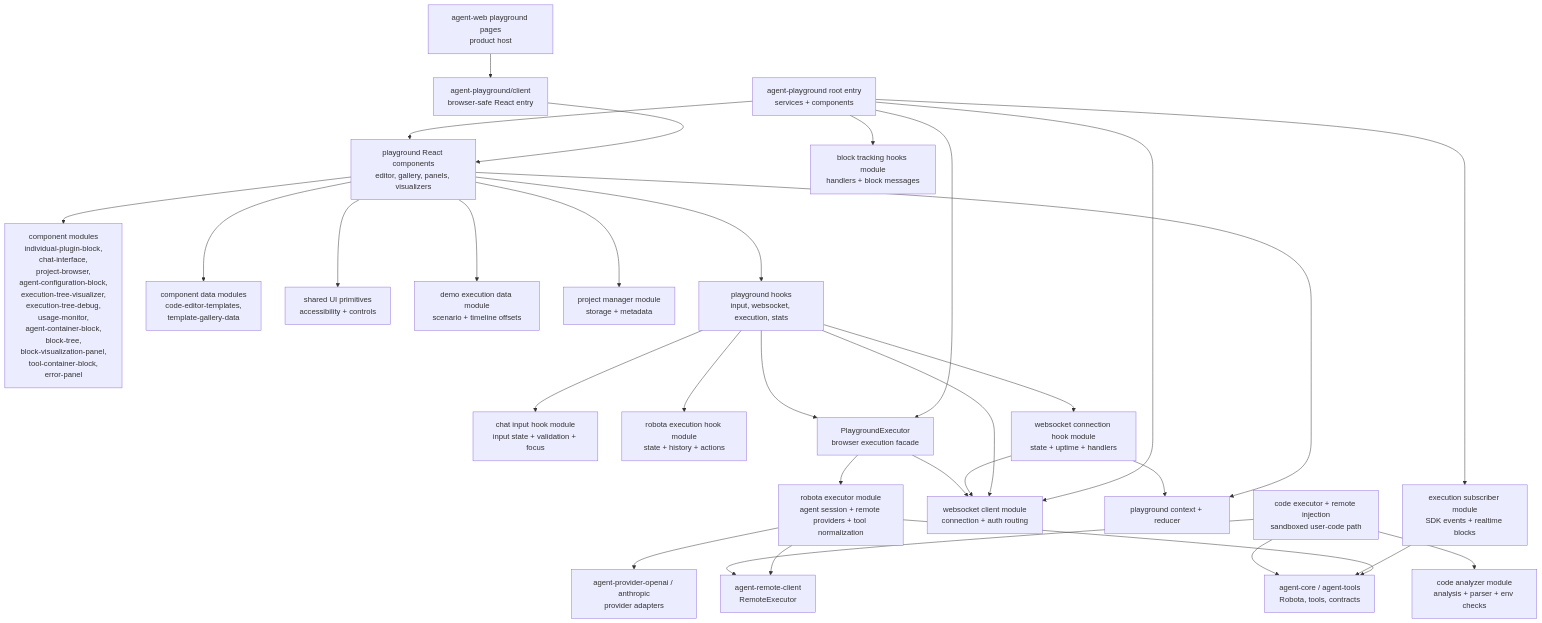
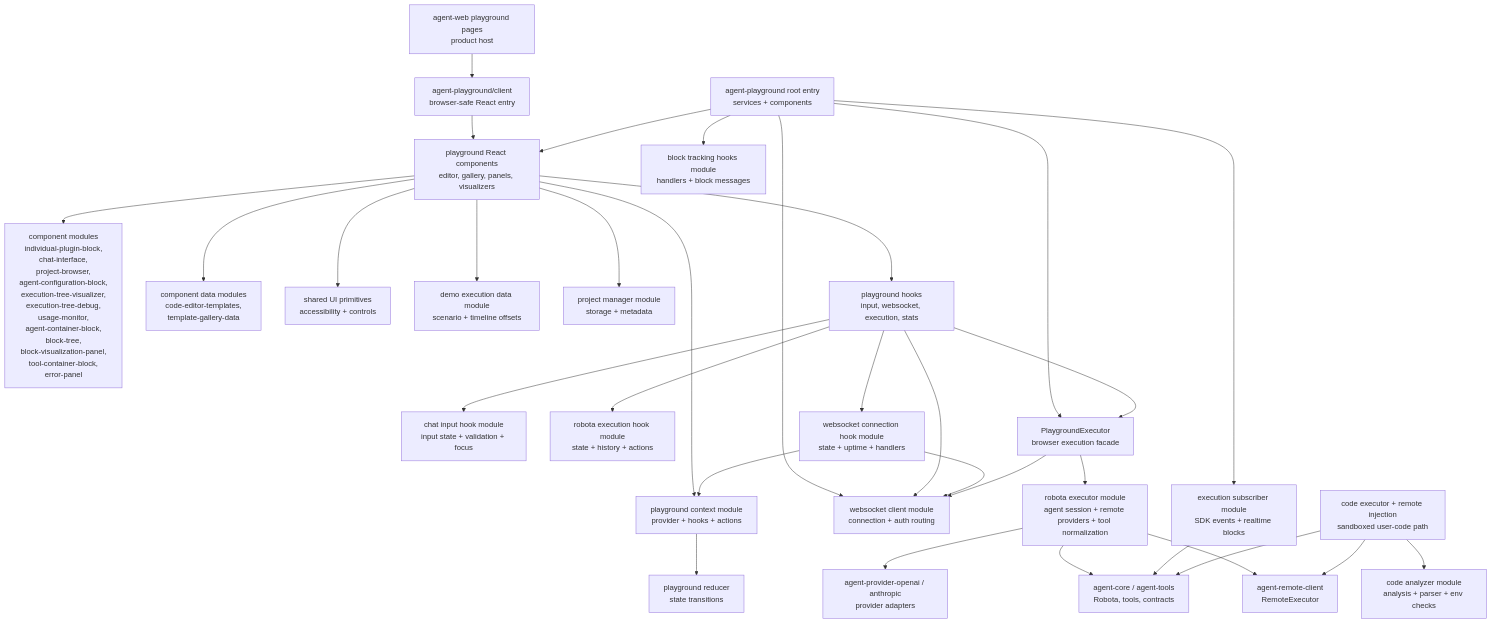
Before and after one commit to woojubb/robota: the third of 6 diagrams in .agents/specs/ARCHITECTURE-MAP.md, drawn with Mermaid. The commit also changed other lines of this file and 19 other files, not shown here.

First line of the commit message:
refactor(playground): split playground context module (#277)

````diff
--- a/.agents/specs/ARCHITECTURE-MAP.md
+++ b/.agents/specs/ARCHITECTURE-MAP.md
@@ -122,58 +121,60 @@
 ```mermaid
 flowchart TD
   AgentWeb["agent-web playground pages\nproduct host"]
   ClientEntry["agent-playground/client\nbrowser-safe React entry"]
   RootEntry["agent-playground root entry\nservices + components"]
   Components["playground React components\neditor, gallery, panels, visualizers"]
   ComponentModules["component modules\nindividual-plugin-block,\nchat-interface,\nproject-browser,\nagent-configuration-block,\nexecution-tree-visualizer,\nexecution-tree-debug,\nusage-monitor,\nagent-container-block,\nblock-tree,\nblock-visualization-panel,\ntool-container-block,\nerror-panel"]
   ComponentData["component data modules\ncode-editor-templates,\ntemplate-gallery-data"]
   UiPrimitives["shared UI primitives\naccessibility + controls"]
   DemoData["demo execution data module\nscenario + timeline offsets"]
   ProjectManager["project manager module\nstorage + metadata"]
   BlockHooks["block tracking hooks module\nhandlers + block messages"]
   ExecutionSubscriber["execution subscriber module\nSDK events + realtime blocks"]
   WebSocketClient["websocket client module\nconnection + auth routing"]
   ChatInputHook["chat input hook module\ninput state + validation + focus"]
   RobotaExecutionHook["robota execution hook module\nstate + history + actions"]
   WebSocketHook["websocket connection hook module\nstate + uptime + handlers"]
   Hooks["playground hooks\ninput, websocket, execution, stats"]
-  Context["playground context + reducer"]
+  Context["playground context module\nprovider + hooks + actions"]
+  Reducer["playground reducer\nstate transitions"]
   Executor["PlaygroundExecutor\nbrowser execution facade"]
   ExecutorModule["robota executor module\nagent session + remote providers + tool normalization"]
   RemoteInjection["code executor + remote injection\nsandboxed user-code path"]
   CodeAnalyzer["code analyzer module\nanalysis + parser + env checks"]
   RemoteClient["agent-remote-client\nRemoteExecutor"]
   Core["agent-core / agent-tools\nRobota, tools, contracts"]
   Providers["agent-provider-openai / anthropic\nprovider adapters"]
 
   AgentWeb --> ClientEntry
   ClientEntry --> Components
   RootEntry --> Components
   RootEntry --> Executor
   RootEntry --> BlockHooks
   RootEntry --> ExecutionSubscriber
   RootEntry --> WebSocketClient
   Components --> ComponentModules
   Components --> ComponentData
   Components --> UiPrimitives
   Components --> DemoData
   Components --> ProjectManager
   Components --> Hooks
   Components --> Context
+  Context --> Reducer
   Hooks --> ChatInputHook
   Hooks --> RobotaExecutionHook
   Hooks --> WebSocketHook
   Hooks --> Executor
   Hooks --> WebSocketClient
   WebSocketHook --> Context
   WebSocketHook --> WebSocketClient
   RemoteInjection --> CodeAnalyzer
   Executor --> WebSocketClient
   Executor --> ExecutorModule
   ExecutorModule --> RemoteClient
   ExecutorModule --> Core
   ExecutorModule --> Providers
   ExecutionSubscriber --> Core
   RemoteInjection --> RemoteClient
   RemoteInjection --> Core
 ```
````
